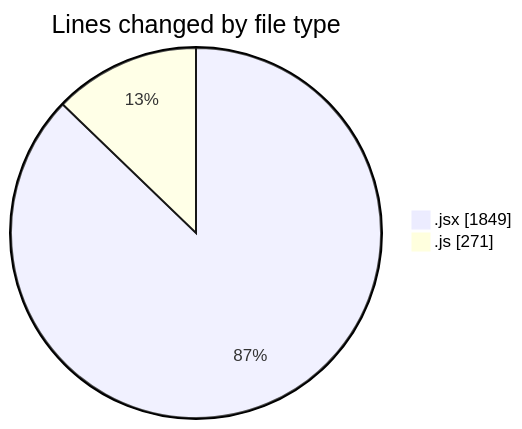
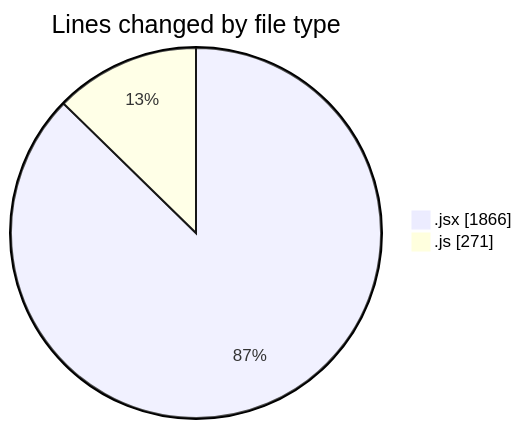
The first of 2 diagrams in 2025-05-19/nxtqube_webapp/README.md (nxtqubesakshisongat/code-tracking), drawn with Mermaid before and after one commit. The commit also changed other lines of this file and 1 other file, not shown here.

````diff
--- a/2025-05-19/nxtqube_webapp/README.md
+++ b/2025-05-19/nxtqube_webapp/README.md
@@ -27,6 +27,6 @@
 ```mermaid
 pie showData
 title Lines changed by file type
-".jsx" : 1849
+".jsx" : 1866
 ".js" : 271
 ```
````
